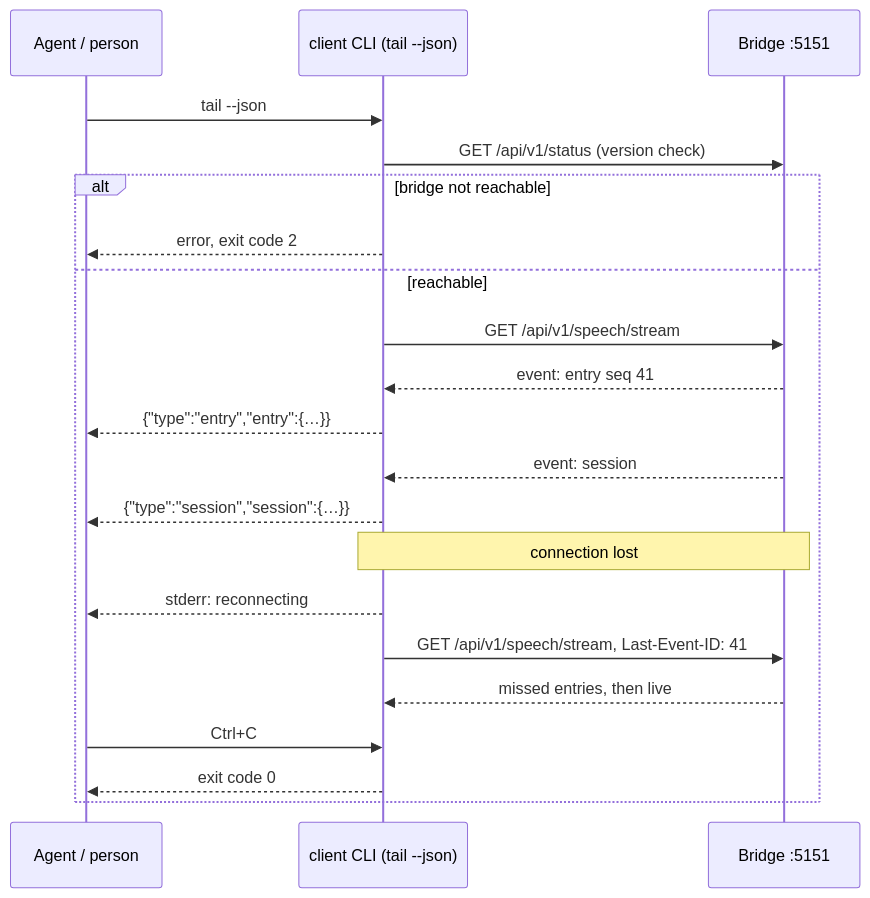
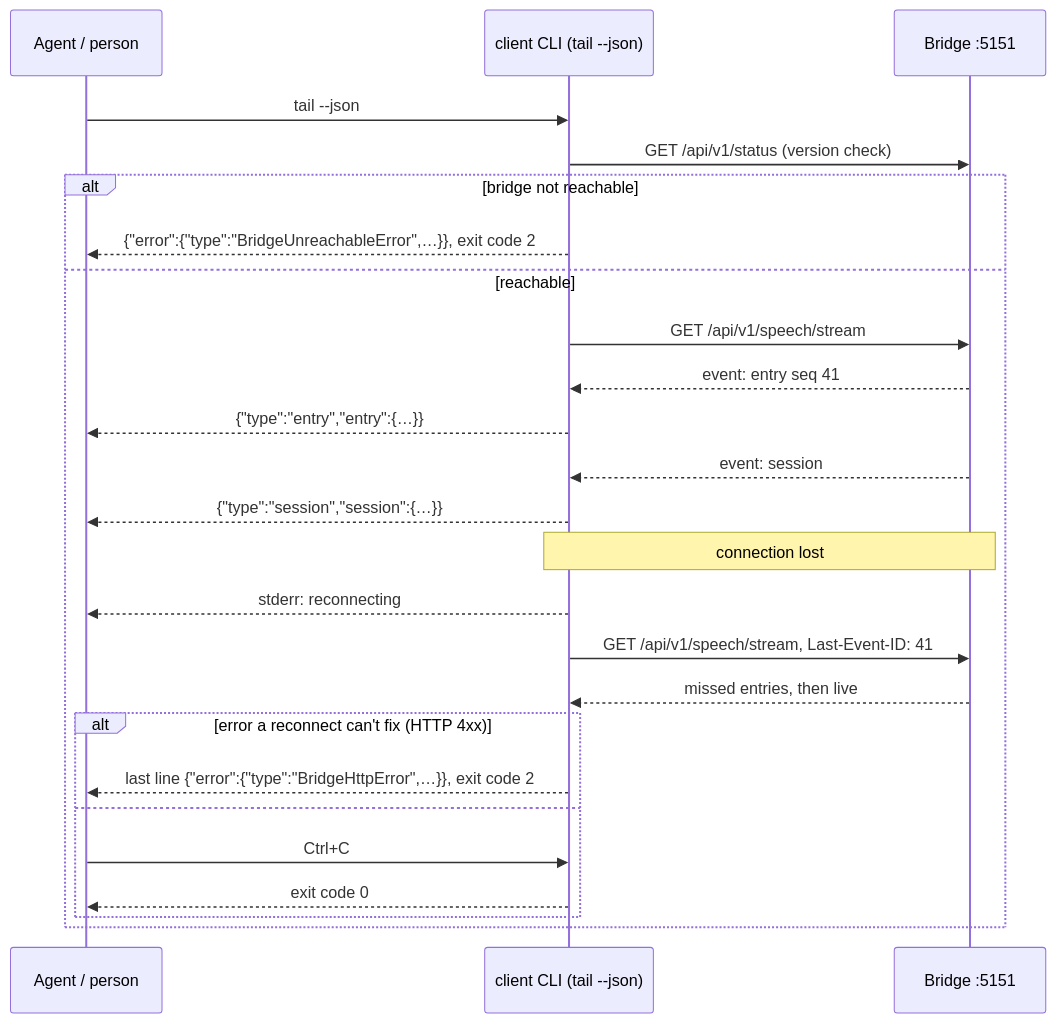
Before and after one commit to TimoSto/screenreader-speech-capture: the second of 2 diagrams in docs/usage/flows/agents.md, drawn with Mermaid. The commit also changed other lines of this file and 12 other files, not shown here.

First line of the commit message:
feat(client): print CLI errors as JSON and give crashes their own exit code (#207)

````diff
--- a/docs/usage/flows/agents.md
+++ b/docs/usage/flows/agents.md
@@ -57,24 +58,28 @@
 ```mermaid
 sequenceDiagram
     participant U as Agent / person
     participant CLI as client CLI (tail --json)
     participant B as Bridge :5151
 
     U->>CLI: tail --json
     CLI->>B: GET /api/v1/status (version check)
     alt bridge not reachable
-        CLI-->>U: error, exit code 2
+        CLI-->>U: {"error":{"type":"BridgeUnreachableError",…}}, exit code 2
     else reachable
         CLI->>B: GET /api/v1/speech/stream
         B-->>CLI: event: entry seq 41
         CLI-->>U: {"type":"entry","entry":{…}}
         B-->>CLI: event: session
         CLI-->>U: {"type":"session","session":{…}}
         Note over CLI,B: connection lost
         CLI-->>U: stderr: reconnecting
         CLI->>B: GET /api/v1/speech/stream, Last-Event-ID: 41
         B-->>CLI: missed entries, then live
-        U->>CLI: Ctrl+C
-        CLI-->>U: exit code 0
+        alt error a reconnect can't fix (HTTP 4xx)
+            CLI-->>U: last line {"error":{"type":"BridgeHttpError",…}}, exit code 2
+        else
+            U->>CLI: Ctrl+C
+            CLI-->>U: exit code 0
+        end
     end
 ```
````
